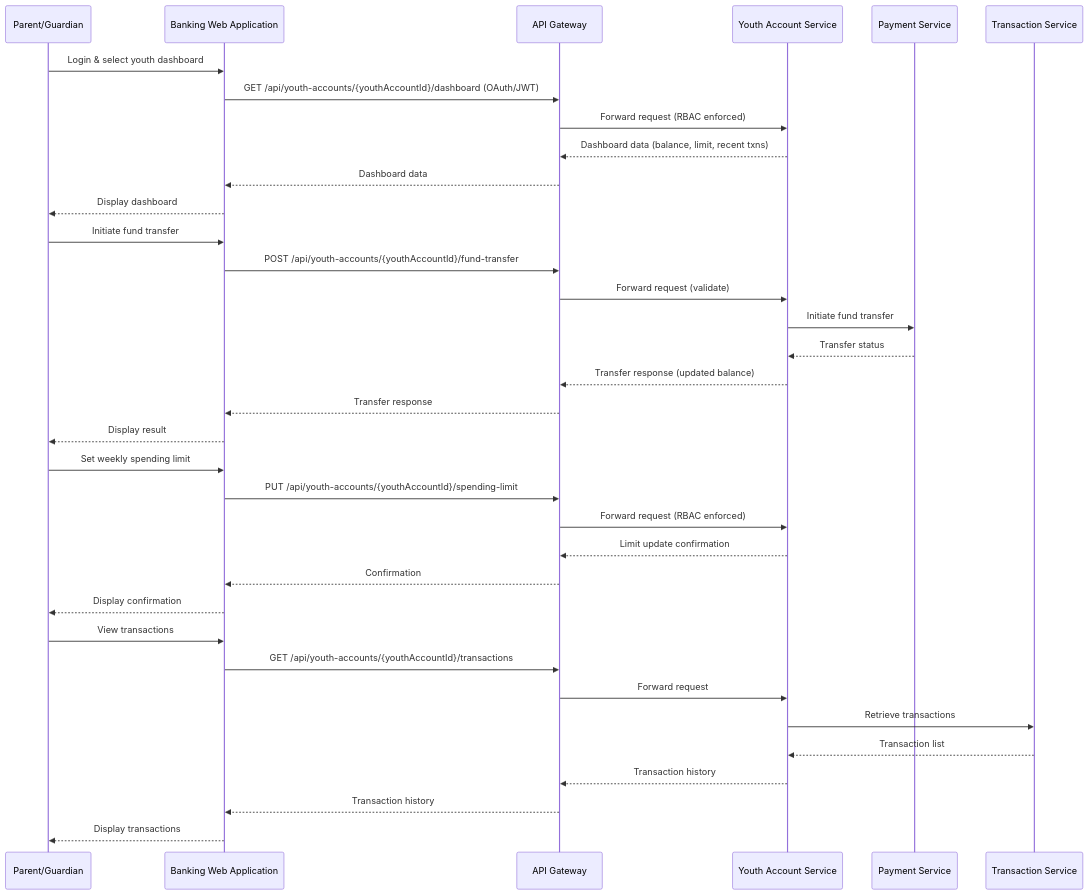
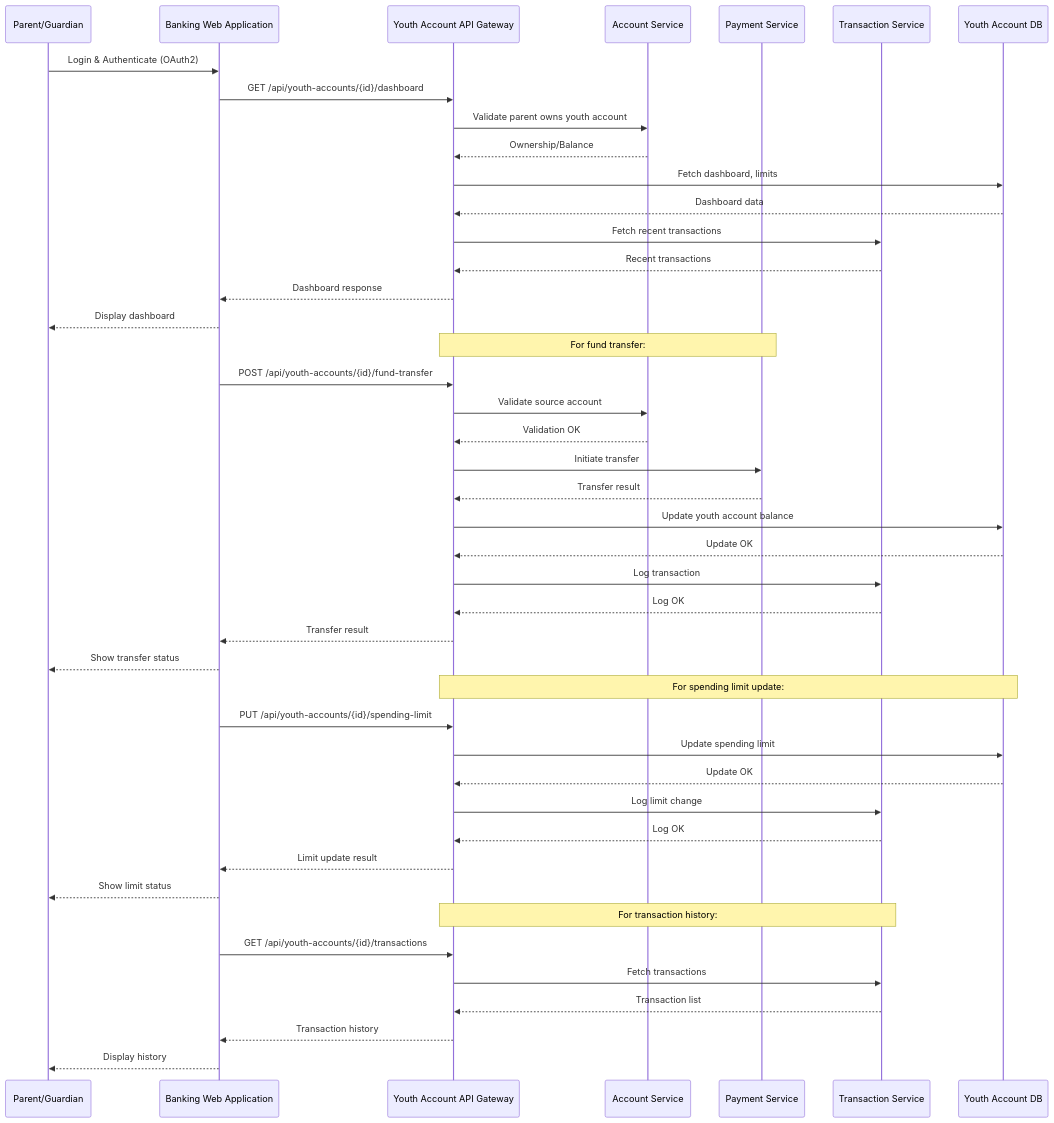
One commit to Ascend-Krithi/SCIB-Inception changed the diagram in Components and Sequence Diagrams/sequence_diagram.mmd. Above: the diagram before and after it, drawn with Mermaid. The commit also changed 1 other file, not shown here.

```diff
--- a/Components and Sequence Diagrams/sequence_diagram.mmd
+++ b/Components and Sequence Diagrams/sequence_diagram.mmd
@@ -1,44 +1,46 @@
-%% Sequence Diagram for Youth Account Management (Mermaid)
+%% Sequence Diagram for Parent Fund Management (Youth Account)
 sequenceDiagram
     participant Parent as Parent/Guardian
     participant WebApp as Banking Web Application
-    participant APIGW as API Gateway
-    participant YAS as Youth Account Service
-    participant PaySvc as Payment Service
-    participant TxnSvc as Transaction Service
+    participant API as Youth Account API Gateway
+    participant Account as Account Service
+    participant Payment as Payment Service
+    participant Txn as Transaction Service
+    participant DB as Youth Account DB
 
-    %% Dashboard Retrieval
-    Parent->>WebApp: Login & select youth dashboard
-    WebApp->>APIGW: GET /api/youth-accounts/{youthAccountId}/dashboard (OAuth/JWT)
-    APIGW->>YAS: Forward request (RBAC enforced)
-    YAS-->>APIGW: Dashboard data (balance, limit, recent txns)
-    APIGW-->>WebApp: Dashboard data
+    Parent->>WebApp: Login & Authenticate (OAuth2)
+    WebApp->>API: GET /api/youth-accounts/{id}/dashboard
+    API->>Account: Validate parent owns youth account
+    Account-->>API: Ownership/Balance
+    API->>DB: Fetch dashboard, limits
+    DB-->>API: Dashboard data
+    API->>Txn: Fetch recent transactions
+    Txn-->>API: Recent transactions
+    API-->>WebApp: Dashboard response
     WebApp-->>Parent: Display dashboard
-
-    %% Fund Transfer
-    Parent->>WebApp: Initiate fund transfer
-    WebApp->>APIGW: POST /api/youth-accounts/{youthAccountId}/fund-transfer
-    APIGW->>YAS: Forward request (validate)
-    YAS->>PaySvc: Initiate fund transfer
-    PaySvc-->>YAS: Transfer status
-    YAS-->>APIGW: Transfer response (updated balance)
-    APIGW-->>WebApp: Transfer response
-    WebApp-->>Parent: Display result
-
-    %% Set Spending Limit
-    Parent->>WebApp: Set weekly spending limit
-    WebApp->>APIGW: PUT /api/youth-accounts/{youthAccountId}/spending-limit
-    APIGW->>YAS: Forward request (RBAC enforced)
-    YAS-->>APIGW: Limit update confirmation
-    APIGW-->>WebApp: Confirmation
-    WebApp-->>Parent: Display confirmation
-
-    %% Transaction History
-    Parent->>WebApp: View transactions
-    WebApp->>APIGW: GET /api/youth-accounts/{youthAccountId}/transactions
-    APIGW->>YAS: Forward request
-    YAS->>TxnSvc: Retrieve transactions
-    TxnSvc-->>YAS: Transaction list
-    YAS-->>APIGW: Transaction history
-    APIGW-->>WebApp: Transaction history
-    WebApp-->>Parent: Display transactions
+    Note over API,Payment: For fund transfer:
+    WebApp->>API: POST /api/youth-accounts/{id}/fund-transfer
+    API->>Account: Validate source account
+    Account-->>API: Validation OK
+    API->>Payment: Initiate transfer
+    Payment-->>API: Transfer result
+    API->>DB: Update youth account balance
+    DB-->>API: Update OK
+    API->>Txn: Log transaction
+    Txn-->>API: Log OK
+    API-->>WebApp: Transfer result
+    WebApp-->>Parent: Show transfer status
+    Note over API,DB: For spending limit update:
+    WebApp->>API: PUT /api/youth-accounts/{id}/spending-limit
+    API->>DB: Update spending limit
+    DB-->>API: Update OK
+    API->>Txn: Log limit change
+    Txn-->>API: Log OK
+    API-->>WebApp: Limit update result
+    WebApp-->>Parent: Show limit status
+    Note over API,Txn: For transaction history:
+    WebApp->>API: GET /api/youth-accounts/{id}/transactions
+    API->>Txn: Fetch transactions
+    Txn-->>API: Transaction list
+    API-->>WebApp: Transaction history
+    WebApp-->>Parent: Display history
```
